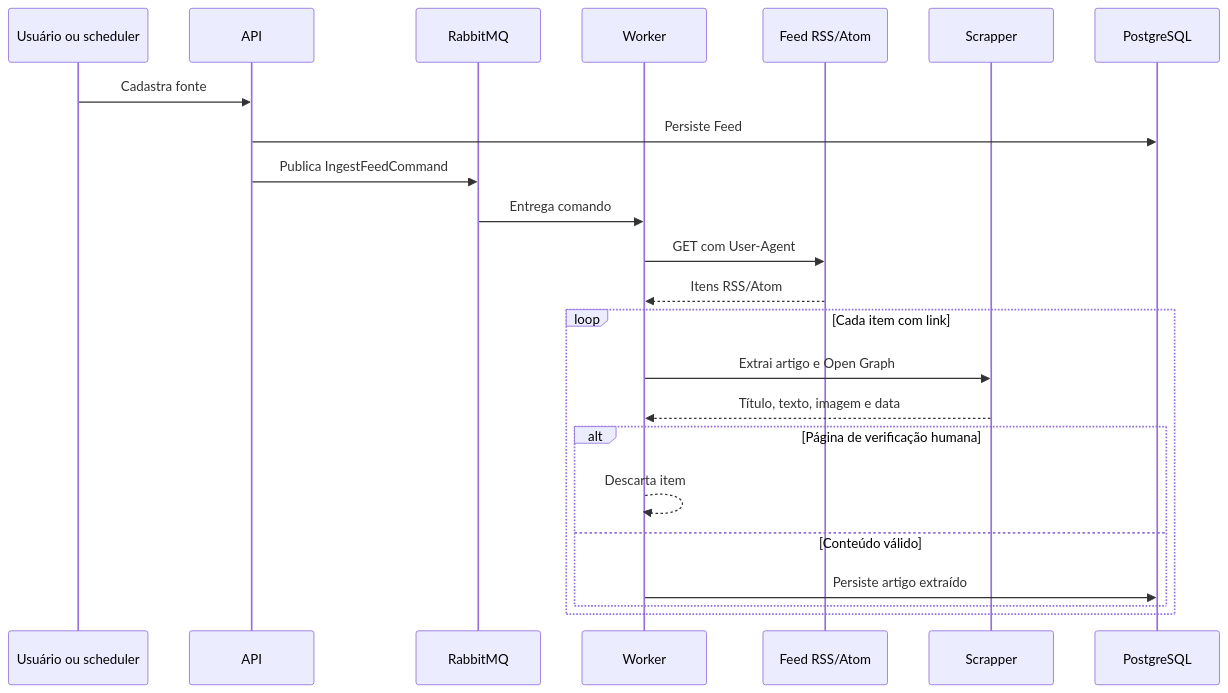
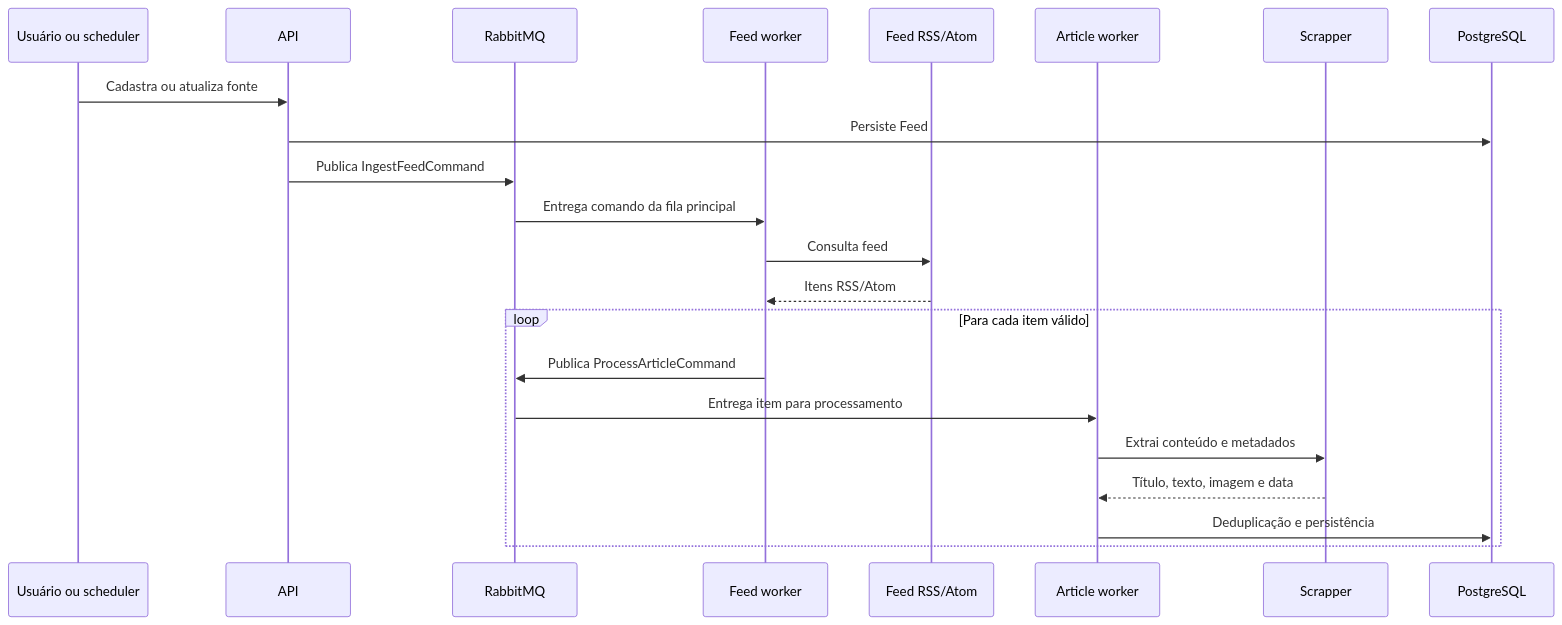
The second of 3 diagrams in README.md (avmesquita/rss-reader-rabbitmq-rebus-scrapper), drawn with Mermaid before and after one commit. The commit also changed other lines of this file and 7 other files, not shown here.

````diff
--- a/README.md
+++ b/README.md
@@ -60,26 +119,25 @@
 ```mermaid
 sequenceDiagram
-	participant U as Usuário ou scheduler
-	participant A as API
-	participant R as RabbitMQ
-	participant W as Worker
-	participant F as Feed RSS/Atom
-	participant S as Scrapper
-	participant D as PostgreSQL
+    participant U as Usuário ou scheduler
+    participant A as API
+    participant R as RabbitMQ
+    participant FW as Feed worker
+    participant F as Feed RSS/Atom
+    participant AW as Article worker
+    participant S as Scrapper
+    participant D as PostgreSQL
 
-	U->>A: Cadastra fonte
-	A->>D: Persiste Feed
-	A->>R: Publica IngestFeedCommand
-	R->>W: Entrega comando
-	W->>F: GET com User-Agent
-	F-->>W: Itens RSS/Atom
-	loop Cada item com link
-		W->>S: Extrai artigo e Open Graph
-		S-->>W: Título, texto, imagem e data
-		alt Página de verificação humana
-			W-->>W: Descarta item
-		else Conteúdo válido
-			W->>D: Persiste artigo extraído
-		end
-	end
+    U->>A: Cadastra ou atualiza fonte
+    A->>D: Persiste Feed
+    A->>R: Publica IngestFeedCommand
+    R->>FW: Entrega comando da fila principal
+    FW->>F: Consulta feed
+    F-->>FW: Itens RSS/Atom
+    loop Para cada item válido
+        FW->>R: Publica ProcessArticleCommand
+        R->>AW: Entrega item para processamento
+        AW->>S: Extrai conteúdo e metadados
+        S-->>AW: Título, texto, imagem e data
+        AW->>D: Deduplicação e persistência
+    end
 ```
````
